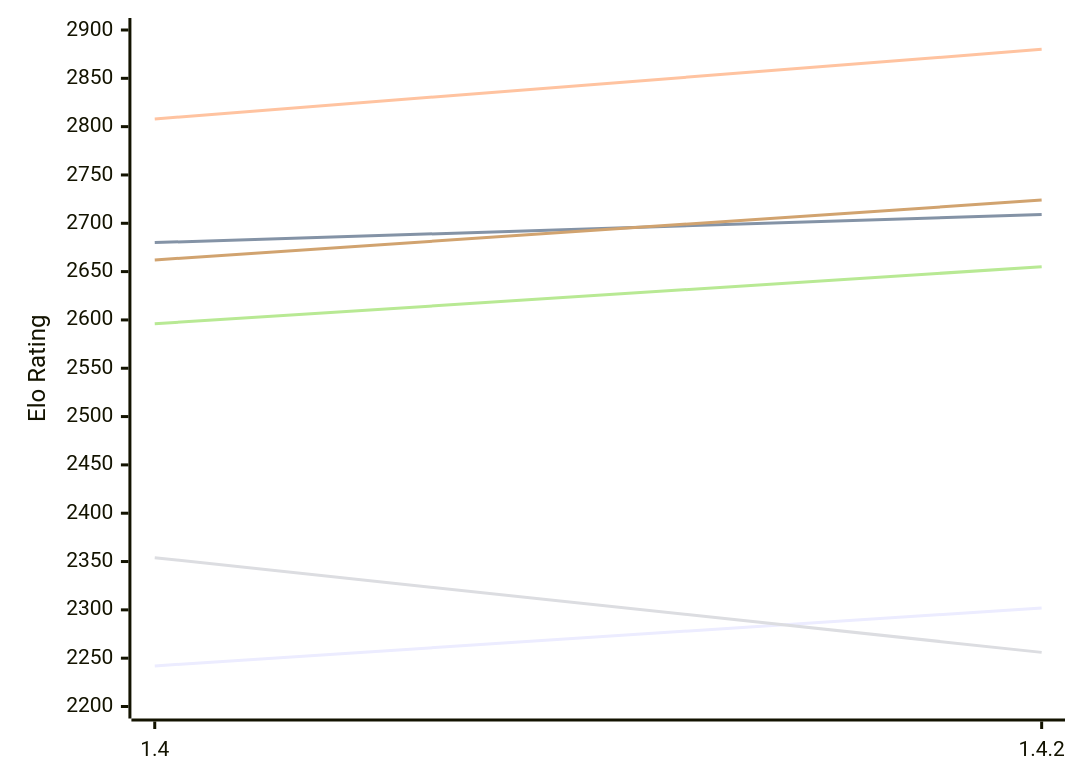
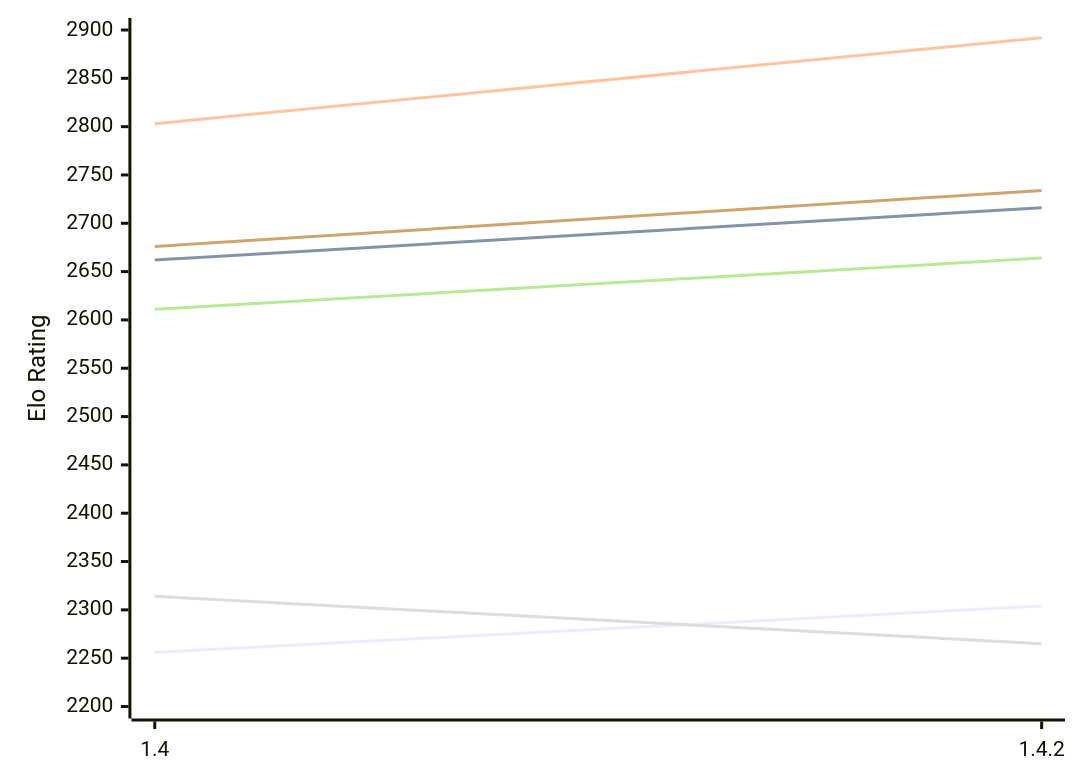
Before and after one commit to computer-chess-index/cci: the first of 2 diagrams in engines/Spike.md, drawn with Mermaid. The commit also changed other lines of this file, not shown here.

Commit message:
Update CCI Ratings (ELO VLTC) - 2026-11-16

````diff
--- a/engines/Spike.md
+++ b/engines/Spike.md
@@ -50,12 +50,12 @@
 ```mermaid
 %%{init: {"theme":"base","themeVariables":{"seriesColors:['#a3a3a3','#222221','#faa371']}}}%%
 xychart-beta
   x-axis ["1.4", "1.4.2"]
   y-axis "Elo Rating" 2200 --> 2900
-  line "E1: STC (8.0+0.08s)" [2242, 2302]
-  line "E1: LTC (60.0+0.60s)" [2680, 2709]
-  line "E1: VLTC (2m24s+1.12s)" [2808, 2880]
-  line "P1: STC (8.0+0.08s)" [2354, 2256]
-  line "P1: LTC (60.0+0.60s)" [2596, 2655]
-  line "P1: VLTC (2m24s+1.12s)" [2662, 2724]
+  line "E1: STC (8.0+0.08s)" [2256, 2304]
+  line "E1: LTC (60.0+0.60s)" [2662, 2716]
+  line "E1: VLTC (2m24s+1.12s)" [2803, 2892]
+  line "P1: STC (8.0+0.08s)" [2314, 2265]
+  line "P1: LTC (60.0+0.60s)" [2611, 2664]
+  line "P1: VLTC (2m24s+1.12s)" [2676, 2734]
 ```
````
